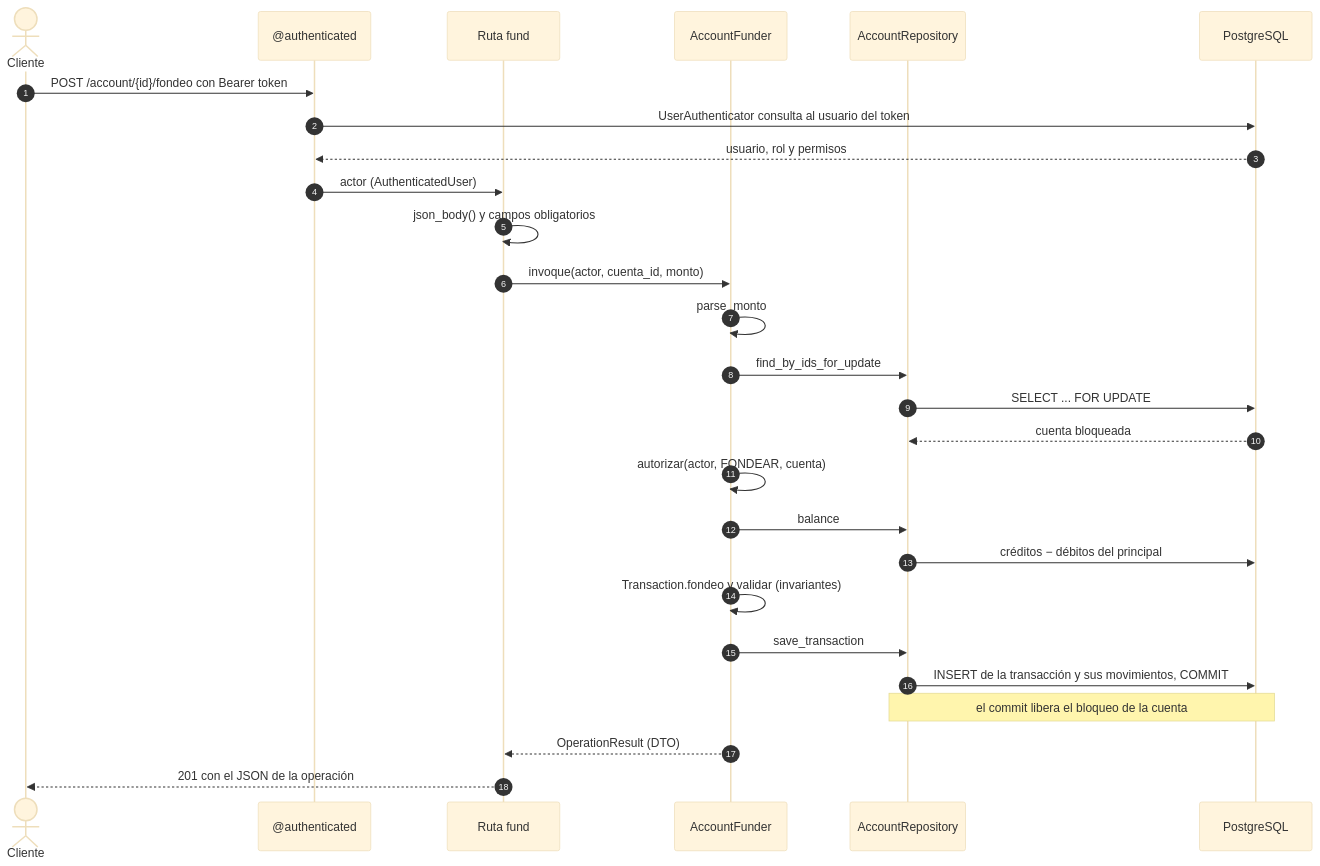
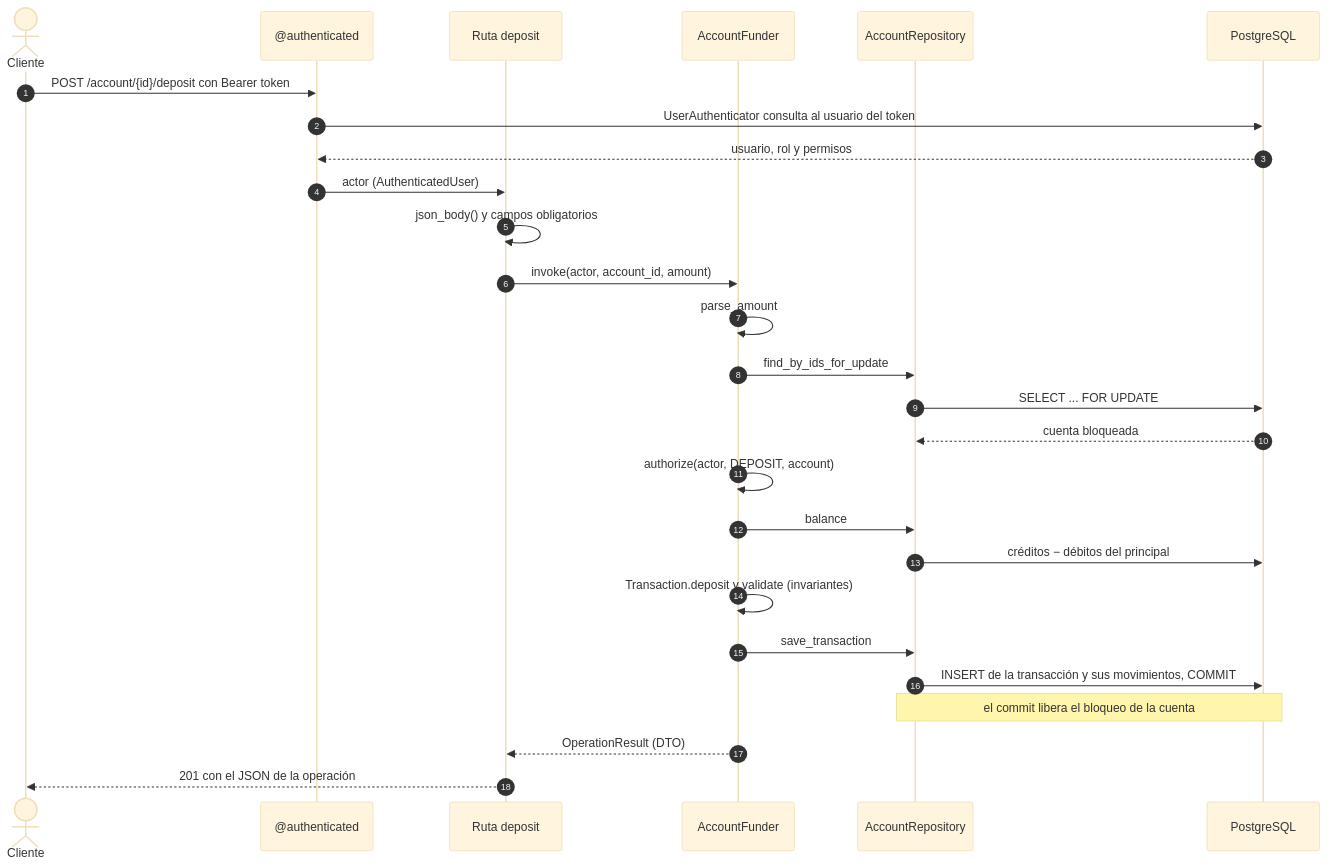
One commit to bernardo-colorado-dubois/banking-core changed the third of 3 diagrams in README.md. Above: the diagram before and after it, drawn with Mermaid (base theme). The commit also changed other lines of this file and 18 other files, not shown here.

````diff
--- a/README.md
+++ b/README.md
@@ -188,30 +188,30 @@
 ```mermaid
 sequenceDiagram
   autonumber
   actor Cliente
   participant Auth as @authenticated
-  participant Ruta as Ruta fund
+  participant Ruta as Ruta deposit
   participant Servicio as AccountFunder
   participant Repo as AccountRepository
   participant BD as PostgreSQL
 
-  Cliente->>Auth: POST /account/{id}/fondeo con Bearer token
+  Cliente->>Auth: POST /account/{id}/deposit con Bearer token
   Auth->>BD: UserAuthenticator consulta al usuario del token
   BD-->>Auth: usuario, rol y permisos
   Auth->>Ruta: actor (AuthenticatedUser)
   Ruta->>Ruta: json_body() y campos obligatorios
-  Ruta->>Servicio: invoque(actor, cuenta_id, monto)
-  Servicio->>Servicio: parse_monto
+  Ruta->>Servicio: invoke(actor, account_id, amount)
+  Servicio->>Servicio: parse_amount
   Servicio->>Repo: find_by_ids_for_update
   Repo->>BD: SELECT ... FOR UPDATE
   BD-->>Repo: cuenta bloqueada
-  Servicio->>Servicio: autorizar(actor, FONDEAR, cuenta)
+  Servicio->>Servicio: authorize(actor, DEPOSIT, account)
   Servicio->>Repo: balance
   Repo->>BD: créditos − débitos del principal
-  Servicio->>Servicio: Transaction.fondeo y validar (invariantes)
+  Servicio->>Servicio: Transaction.deposit y validate (invariantes)
   Servicio->>Repo: save_transaction
   Repo->>BD: INSERT de la transacción y sus movimientos, COMMIT
   Note over Repo,BD: el commit libera el bloqueo de la cuenta
   Servicio-->>Ruta: OperationResult (DTO)
   Ruta-->>Cliente: 201 con el JSON de la operación
 ```
````
